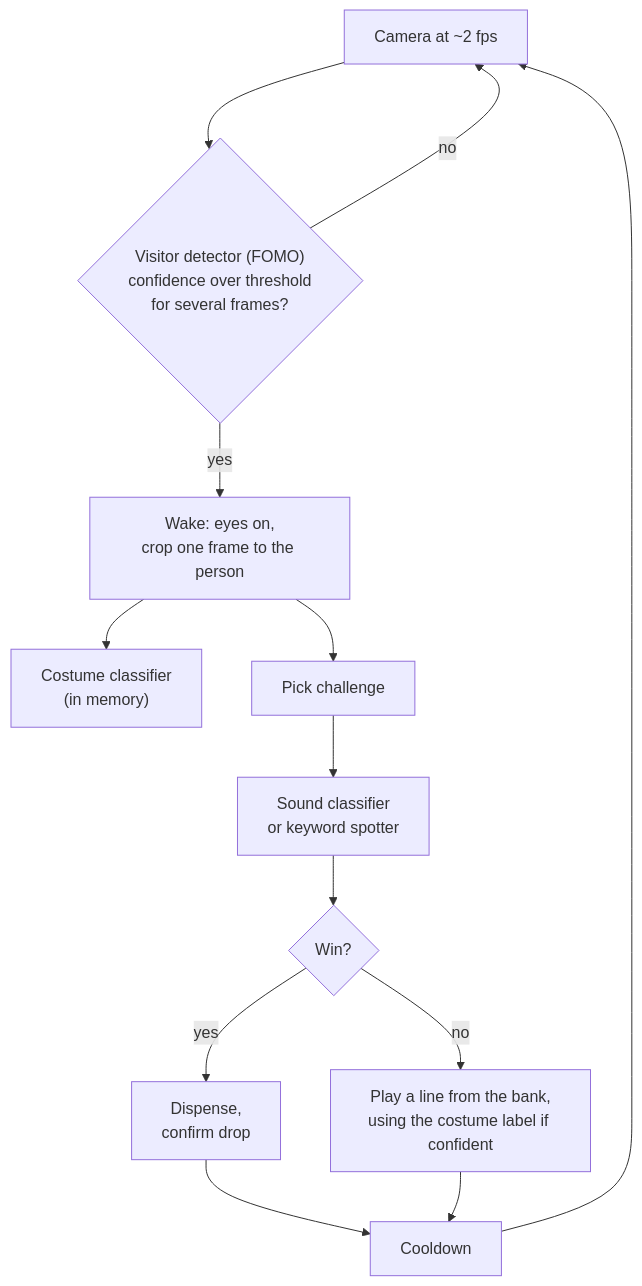
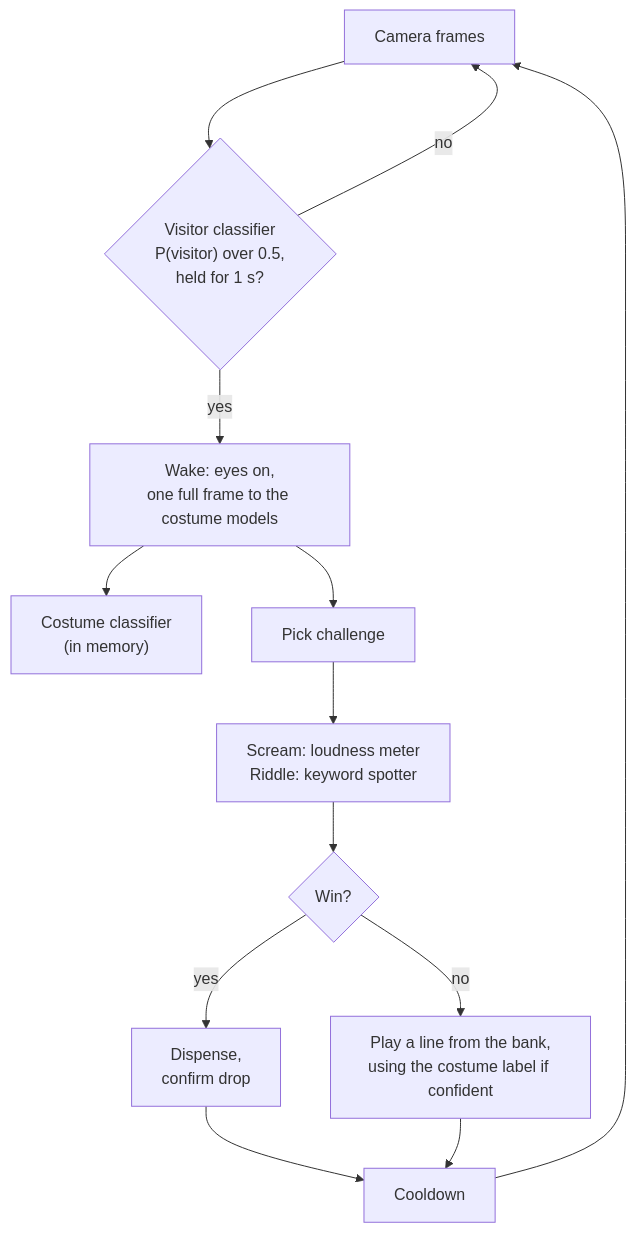
One commit to Abhinavkrishna3211/Feed-the-Gargoyle changed the diagram in docs/architecture.md. Above: the diagram before and after it, drawn with Mermaid. The commit also changed other lines of this file and 11 other files, not shown here.

Commit message:
docs: record the loudness scream decision (D28), costume and props board runs, final model table and checksums

````diff
--- a/docs/architecture.md
+++ b/docs/architecture.md
@@ -17,15 +17,15 @@
 ```mermaid
 flowchart TD
-    A["Camera at ~2 fps"] --> B{"Visitor detector (FOMO)<br/>confidence over threshold<br/>for several frames?"}
+    A["Camera frames"] --> B{"Visitor classifier<br/>P(visitor) over 0.5,<br/>held for 1 s?"}
     B -- no --> A
-    B -- yes --> C["Wake: eyes on,<br/>crop one frame to the person"]
+    B -- yes --> C["Wake: eyes on,<br/>one full frame to the costume models"]
     C --> D["Costume classifier<br/>(in memory)"]
     C --> E["Pick challenge"]
-    E --> F["Sound classifier<br/>or keyword spotter"]
+    E --> F["Scream: loudness meter<br/>Riddle: keyword spotter"]
     F --> G{"Win?"}
     G -- yes --> H["Dispense,<br/>confirm drop"]
     G -- no --> I["Play a line from the bank,<br/>using the costume label if confident"]
     H --> J["Cooldown"]
     I --> J
     J --> A
 ```
````
